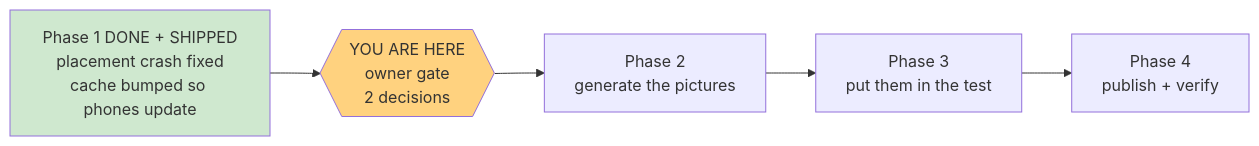
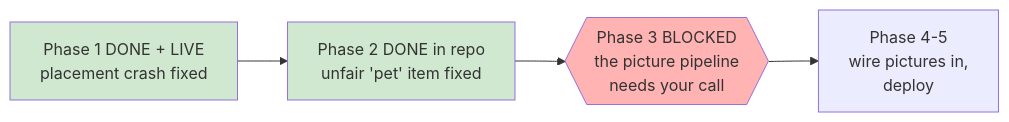
The diagram in .oplan/placement-fix-and-art/STATUS.md (dkreinov/magic-clinic-english), drawn with Mermaid before and after one commit. The commit also changed other lines of this file and 3 other files, not shown here.

Commit message:
oplan: phase 2 (content fix) done; phase 3 (images) BLOCKED — dedicated ChatGPT chat won't load, paused for owner

````diff
--- a/.oplan/placement-fix-and-art/STATUS.md
+++ b/.oplan/placement-fix-and-art/STATUS.md
@@ -9,9 +10,10 @@
 ```mermaid
 flowchart LR
-    P1[Phase 1 DONE + SHIPPED<br/>placement crash fixed<br/>cache bumped so phones update] --> GATE{{YOU ARE HERE<br/>owner gate<br/>2 decisions}}
-    GATE --> P2[Phase 2<br/>generate the pictures]
-    P2 --> P3[Phase 3<br/>put them in the test]
-    P3 --> P4[Phase 4<br/>publish + verify]
+    P1[Phase 1 DONE + LIVE<br/>placement crash fixed] --> P2
+    P2[Phase 2 DONE in repo<br/>unfair 'pet' item fixed] --> P3
+    P3{{Phase 3 BLOCKED<br/>the picture pipeline<br/>needs your call}}
+    P3 --> P4[Phase 4-5<br/>wire pictures in,<br/>deploy]
     style P1 fill:#cfe8cf
-    style GATE fill:#ffd27f
+    style P2 fill:#cfe8cf
+    style P3 fill:#ffb3b3
 ```
````
